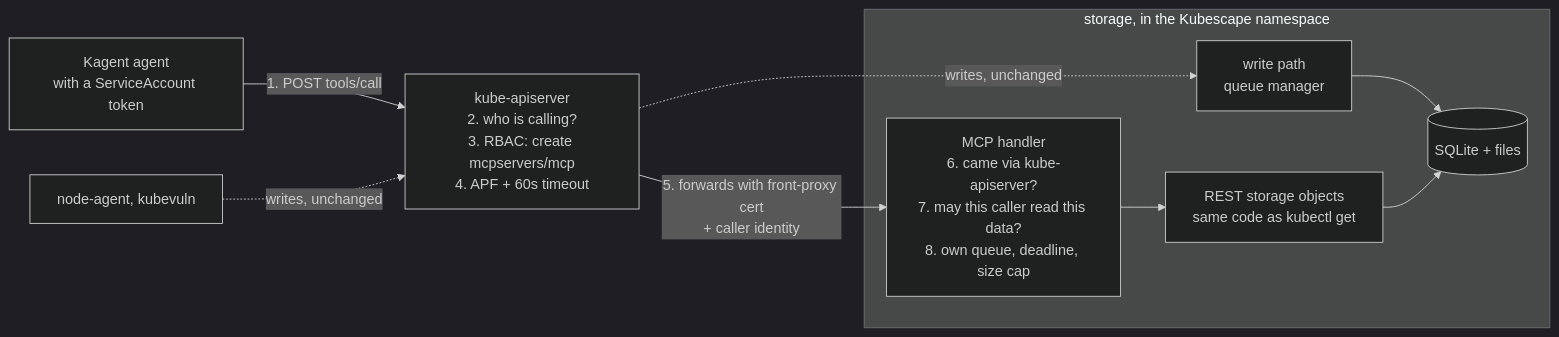
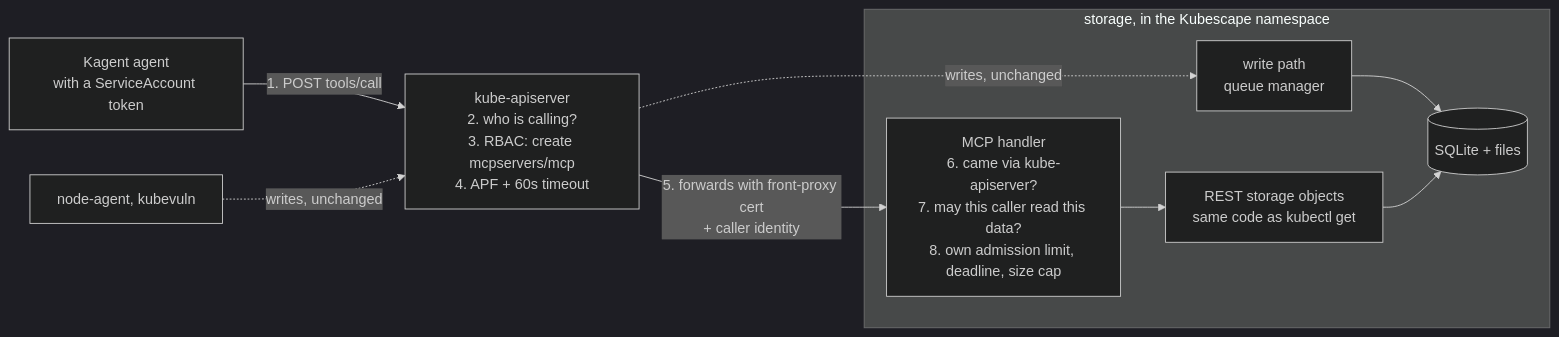
One commit to AnvayKharb/designs-and-proposals changed the second of 5 diagrams in proposals/storage-mcp-endpoint.md. Above: the diagram before and after it, drawn with Mermaid (dark theme). The commit also changed other lines of this file, not shown here.

Commit message:
proposal: storage MCP endpoint: keep MCP calls out of the global limiter

````diff
--- a/proposals/storage-mcp-endpoint.md
+++ b/proposals/storage-mcp-endpoint.md
@@ -129,12 +130,12 @@
 ```mermaid
 flowchart LR
   K["Kagent agent<br/>with a ServiceAccount token"] -->|"1. POST tools/call"| A
   W["node-agent, kubevuln"] -.->|"writes, unchanged"| A
   A["kube-apiserver<br/>2. who is calling?<br/>3. RBAC: create mcpservers/mcp<br/>4. APF + 60s timeout"] -->|"5. forwards with front-proxy cert<br/>+ caller identity"| H
   A -.->|"writes, unchanged"| WR
   subgraph ST["storage, in the Kubescape namespace"]
-    H["MCP handler<br/>6. came via kube-apiserver?<br/>7. may this caller read this data?<br/>8. own queue, deadline, size cap"] --> R["REST storage objects<br/>same code as kubectl get"]
+    H["MCP handler<br/>6. came via kube-apiserver?<br/>7. may this caller read this data?<br/>8. own admission limit, deadline, size cap"] --> R["REST storage objects<br/>same code as kubectl get"]
     WR["write path<br/>queue manager"] --> DB
     R --> DB[("SQLite + files")]
   end
 ```
````
